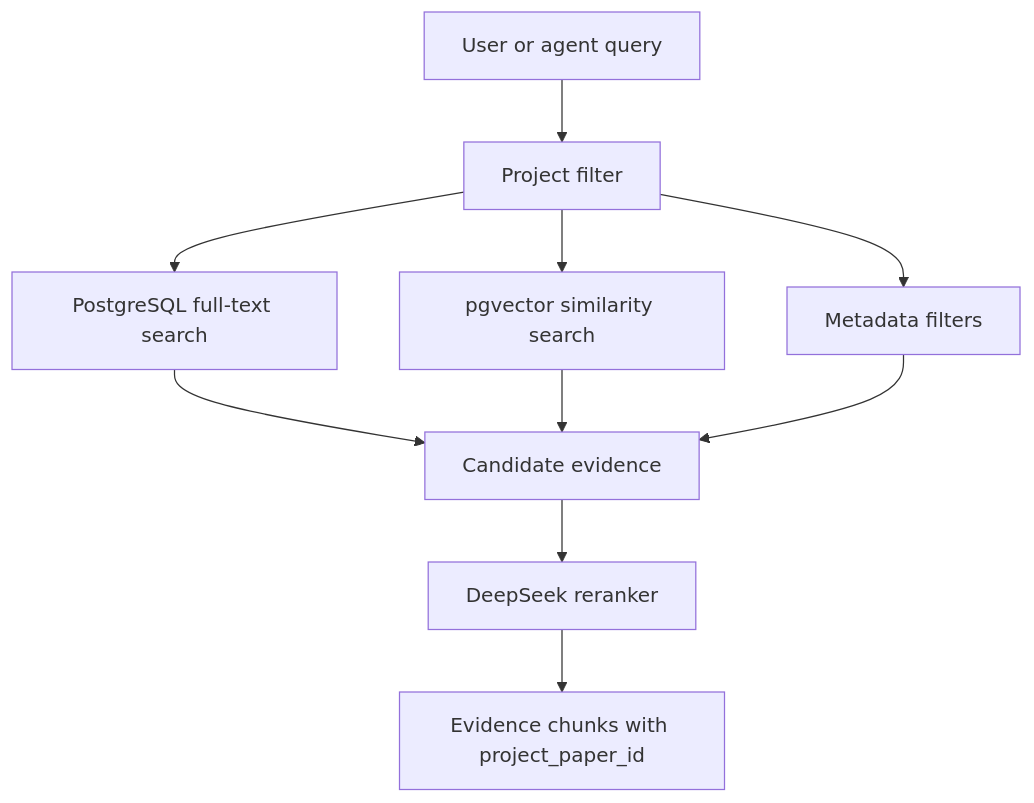
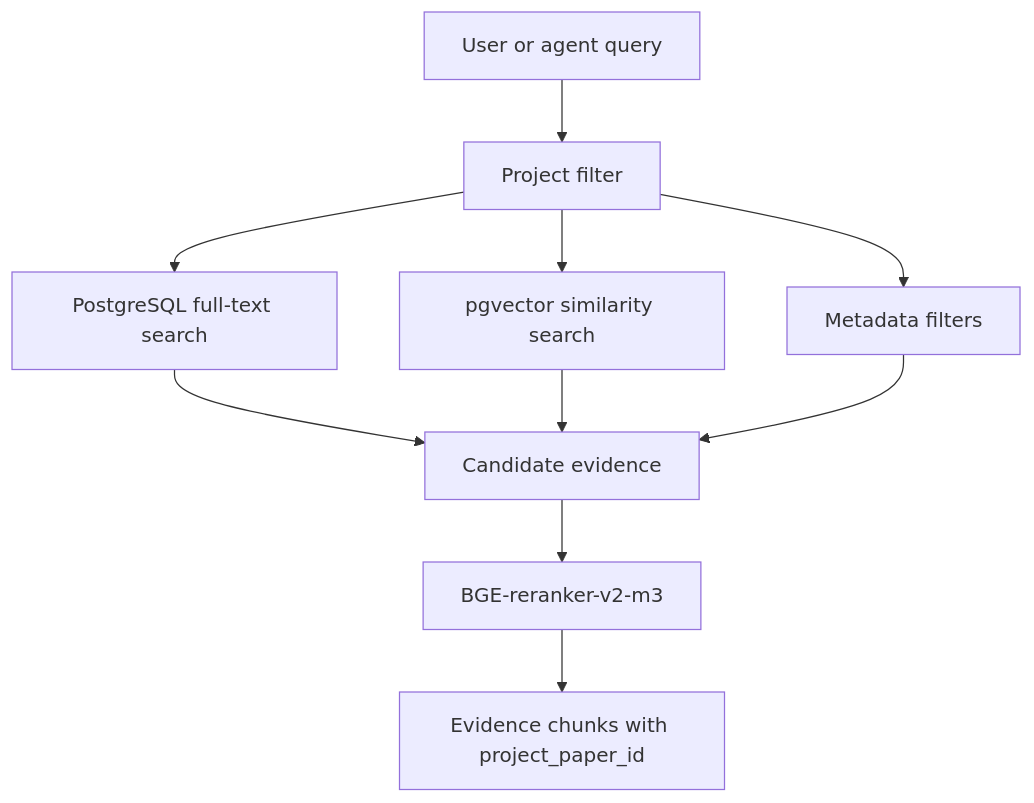
Before and after one commit to vietlinhh02/lumen-agent: the second of 2 diagrams in docs/architecture/agent-rag-strategy.md, drawn with Mermaid. The commit also changed other lines of this file and 13 other files, not shown here.

````diff
--- a/docs/architecture/agent-rag-strategy.md
+++ b/docs/architecture/agent-rag-strategy.md
@@ -84,12 +59,12 @@
 ```mermaid
 flowchart TD
     A["User or agent query"] --> B["Project filter"]
     B --> C["PostgreSQL full-text search"]
     B --> D["pgvector similarity search"]
     B --> E["Metadata filters"]
     C --> F["Candidate evidence"]
     D --> F
     E --> F
-    F --> G["DeepSeek reranker"]
+    F --> G["BGE-reranker-v2-m3"]
     G --> H["Evidence chunks with project_paper_id"]
 ```
````
